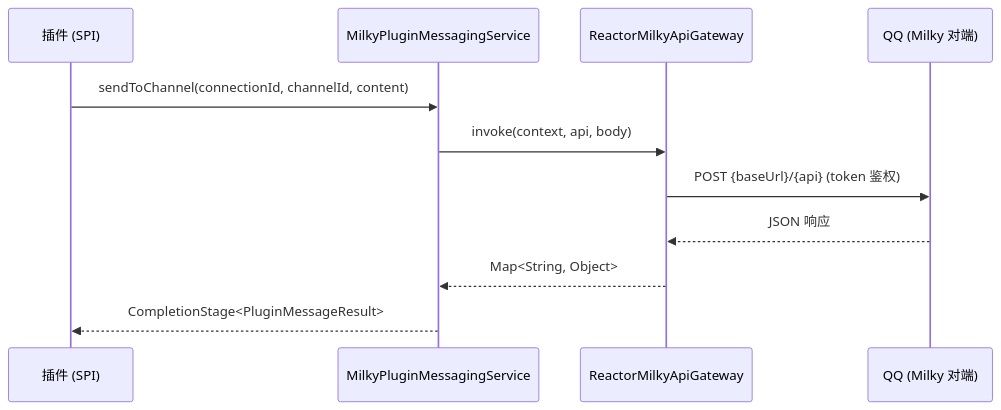
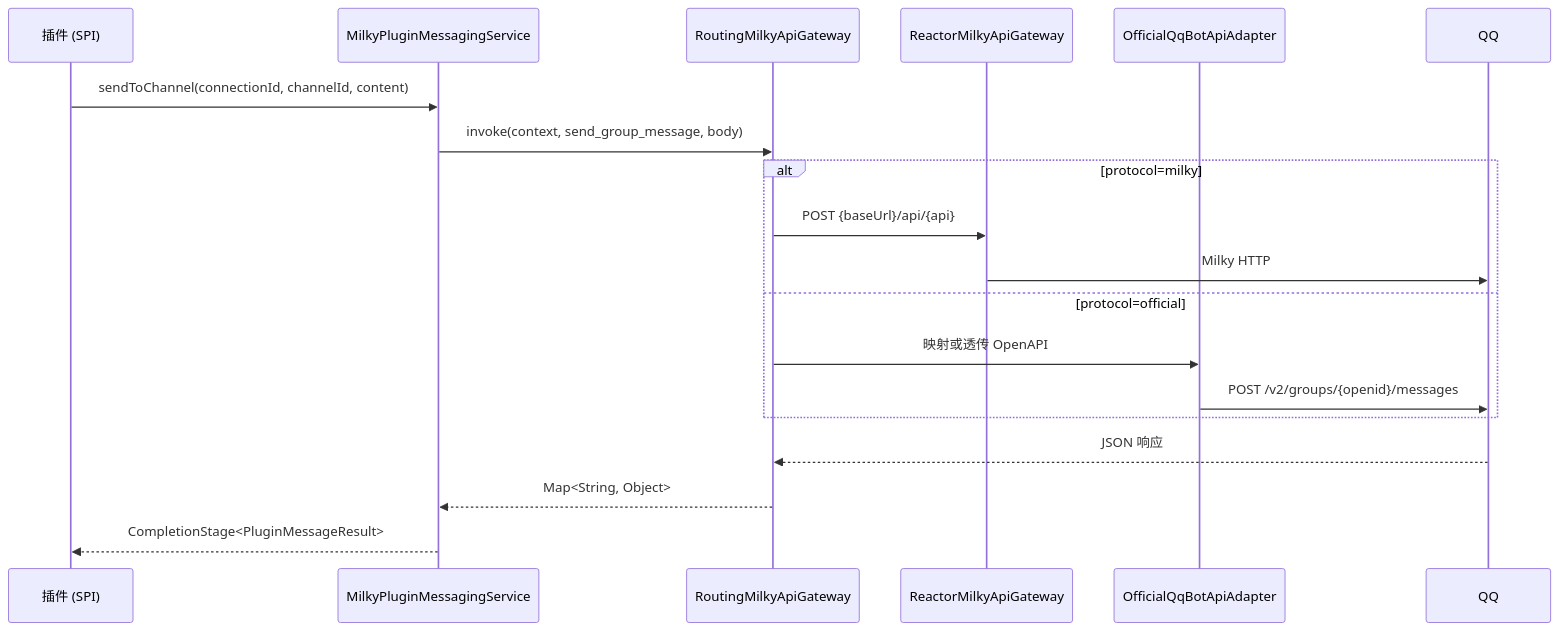
The first of 2 diagrams in yd-docs/docs/protocol/milky.md (mcyudream/YuDream-Admin), drawn with Mermaid before and after one commit. The commit also changed other lines of this file and 46 other files, not shown here.

````diff
--- a/yd-docs/docs/protocol/milky.md
+++ b/yd-docs/docs/protocol/milky.md
@@ -25,13 +26,21 @@
 ```mermaid
 sequenceDiagram
     participant P as 插件 (SPI)
     participant S as MilkyPluginMessagingService
-    participant G as ReactorMilkyApiGateway
-    participant Q as QQ (Milky 对端)
+    participant R as RoutingMilkyApiGateway
+    participant M as ReactorMilkyApiGateway
+    participant O as OfficialQqBotApiAdapter
+    participant Q as QQ
     P->>S: sendToChannel(connectionId, channelId, content)
-    S->>G: invoke(context, api, body)
-    G->>Q: POST {baseUrl}/{api} (token 鉴权)
-    Q-->>G: JSON 响应
-    G-->>S: Map<String, Object>
+    S->>R: invoke(context, send_group_message, body)
+    alt protocol=milky
+        R->>M: POST {baseUrl}/api/{api}
+        M->>Q: Milky HTTP
+    else protocol=official
+        R->>O: 映射或透传 OpenAPI
+        O->>Q: POST /v2/groups/{openid}/messages
+    end
+    Q-->>R: JSON 响应
+    R-->>S: Map<String, Object>
     S-->>P: CompletionStage<PluginMessageResult>
 ```
````
